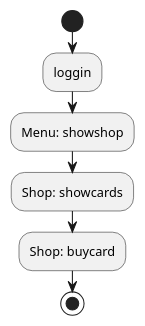
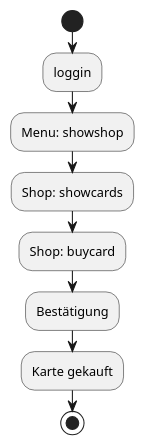
The diagram in Docs/Pflichtenheft/Diagramme/Funktion_buycard.iuml (HEBK-BGM/Verwaltungssoftware_Team_4), drawn with PlantUML before and after one commit. The commit also changed 2 other files, not shown here.

Commit message:
[FIX] Funktionsdiagramme + Pflichtenheft

```diff
--- a/Docs/Pflichtenheft/Diagramme/Funktion_buycard.iuml
+++ b/Docs/Pflichtenheft/Diagramme/Funktion_buycard.iuml
@@ -1,8 +1,10 @@
 @startuml
 start
 :loggin;
 :Menu: showshop;
 :Shop: showcards;
 :Shop: buycard;
+:Bestätigung;
+:Karte gekauft;
 stop
 @enduml
```
